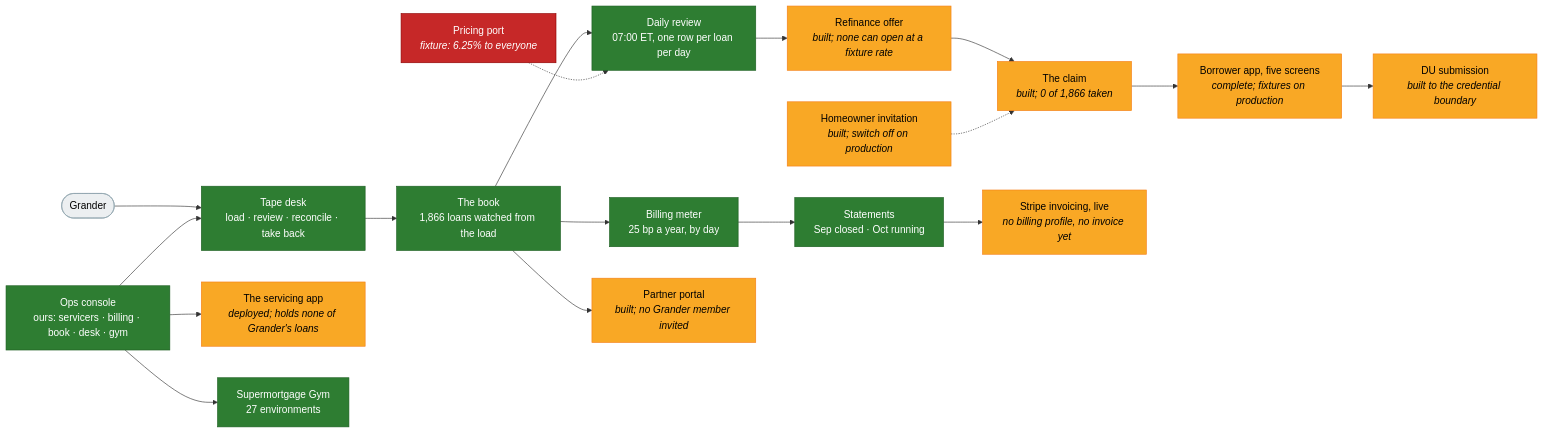
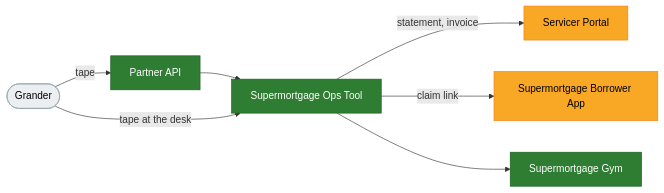
One commit to Walt-Home/Homestead-Mortgages changed the diagram in docs/product-suite.md. Above: the diagram before and after it, drawn with Mermaid. The commit also changed other lines of this file, not shown here.

First line of the commit message:
Product suite: five named products, and shorter

````diff
--- a/docs/product-suite.md
+++ b/docs/product-suite.md
@@ -33,34 +18,17 @@
 ```mermaid
 flowchart LR
   classDef green fill:#2e7d32,stroke:#1b5e20,color:#fff
   classDef yellow fill:#f9a825,stroke:#f57f17,color:#000
-  classDef red fill:#c62828,stroke:#8e0000,color:#fff
   classDef ext fill:#eceff1,stroke:#90a4ae,color:#000
-
-  TAPE["Tape desk<br/>load · review · reconcile · take back"]:::green
-  BOOK["The book<br/>1,866 loans watched from the load"]:::green
-  REVIEW["Daily review<br/>07:00 ET, one row per loan per day"]:::green
-  QUOTE["Pricing port<br/><i>fixture: 6.25% to everyone</i>"]:::red
-  OFFER["Refinance offer<br/><i>built; none can open at a fixture rate</i>"]:::yellow
-  INVITE["Homeowner invitation<br/><i>built; switch off on production</i>"]:::yellow
-  CLAIM["The claim<br/><i>built; 0 of 1,866 taken</i>"]:::yellow
-  APP["Borrower app, five screens<br/><i>complete; fixtures on production</i>"]:::yellow
-  DU["DU submission<br/><i>built to the credential boundary</i>"]:::yellow
-  METER["Billing meter<br/>25 bp a year, by day"]:::green
-  STMT["Statements<br/>Sep closed · Oct running"]:::green
-  INV["Stripe invoicing, live<br/><i>no billing profile, no invoice yet</i>"]:::yellow
-  PORTAL["Partner portal<br/><i>built; no Grander member invited</i>"]:::yellow
-  CONSOLE["Ops console<br/>ours: servicers · billing · book · desk · gym"]:::green
-  SVC["The servicing app<br/><i>deployed; holds none of Grander's loans</i>"]:::yellow
-  GYM["Supermortgage Gym<br/>27 environments"]:::green
   G(["Grander"]):::ext
-
-  G --> TAPE --> BOOK --> REVIEW --> OFFER --> CLAIM --> APP --> DU
-  QUOTE -.-> REVIEW
-  INVITE -.-> CLAIM
-  BOOK --> METER --> STMT --> INV
-  BOOK --> PORTAL
-  CONSOLE --> TAPE
-  CONSOLE --> SVC
-  CONSOLE --> GYM
+  API["Partner API"]:::green
+  OPS["Supermortgage Ops Tool"]:::green
+  PORTAL["Servicer Portal"]:::yellow
+  APP["Supermortgage Borrower App"]:::yellow
+  GYM["Supermortgage Gym"]:::green
+  G -- tape --> API --> OPS
+  G -- tape at the desk --> OPS
+  OPS -- statement, invoice --> PORTAL
+  OPS -- claim link --> APP
+  OPS --> GYM
 ```
````
